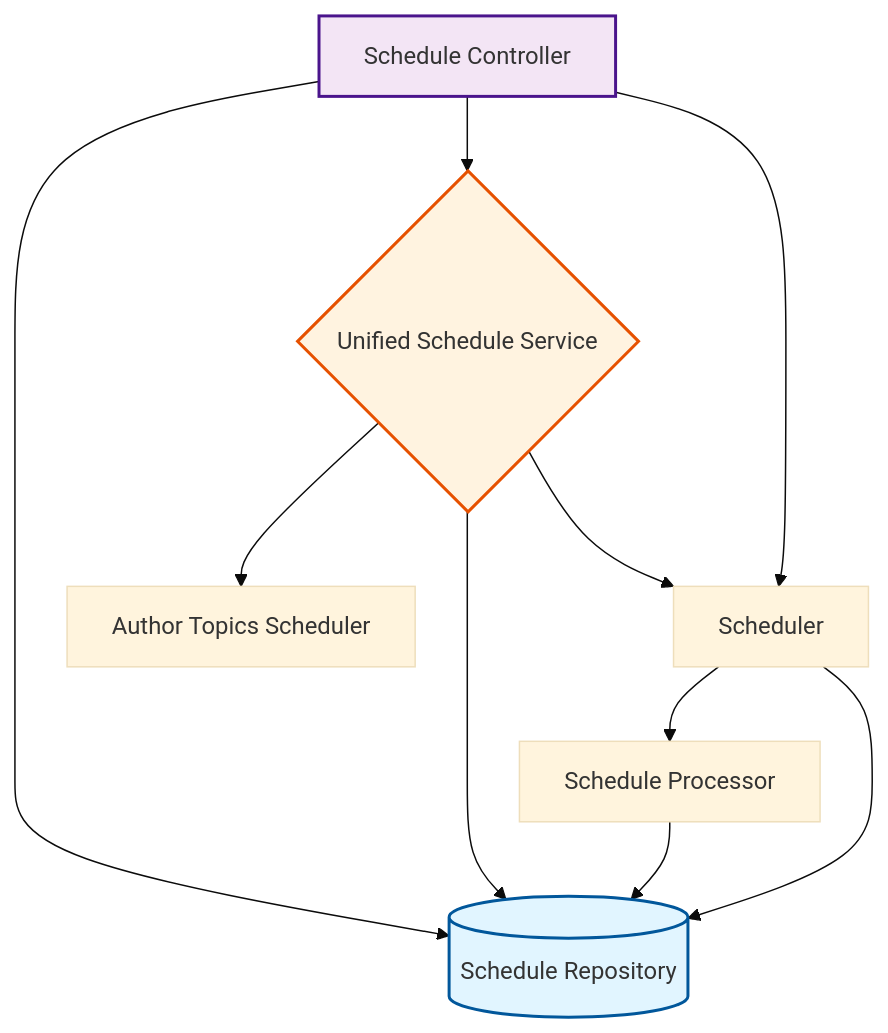
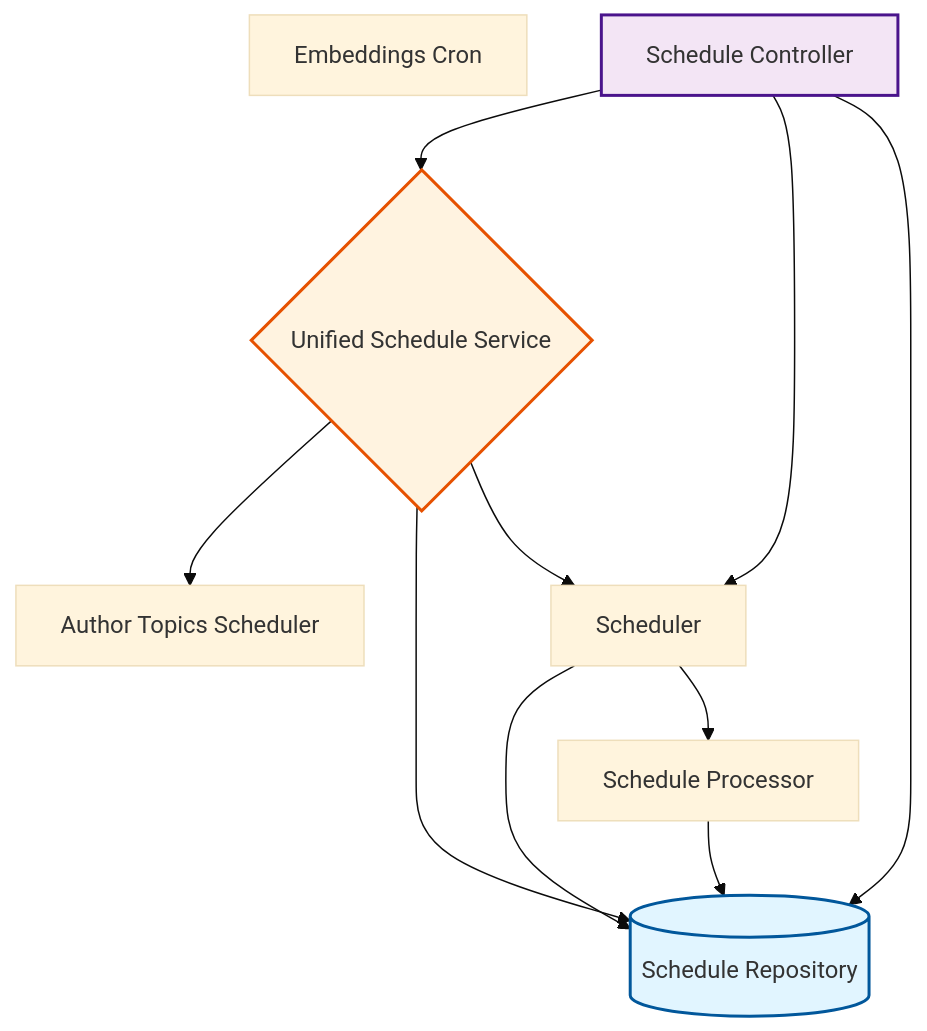
Before and after one commit to rpnunez/wp-ai-scheduler: the third of 10 diagrams in docs/feature-report.md, drawn with Mermaid (base theme). The commit also changed other lines of this file and 3 other files, not shown here.

````diff
--- a/docs/feature-report.md
+++ b/docs/feature-report.md
@@ -141,28 +148,29 @@
 ```mermaid
 flowchart TD
     %% Scheduling & Automation Architecture
 
     Author_Topics_Scheduler["Author Topics Scheduler"]
+    Embeddings_Cron["Embeddings Cron"]
     Schedule_Controller["Schedule Controller"]
     Schedule_Processor["Schedule Processor"]
     Schedule_Repository[("Schedule Repository")]
     Scheduler["Scheduler"]
     Unified_Schedule_Service{"Unified Schedule Service"}
 
     Schedule_Controller --> Schedule_Repository
+    Schedule_Controller --> Scheduler
     Schedule_Controller --> Unified_Schedule_Service
-    Schedule_Controller --> Scheduler
     Schedule_Processor --> Schedule_Repository
+    Scheduler --> Schedule_Repository
     Scheduler --> Schedule_Processor
-    Scheduler --> Schedule_Repository
-    Unified_Schedule_Service --> Author_Topics_Scheduler
     Unified_Schedule_Service --> Schedule_Repository
     Unified_Schedule_Service --> Scheduler
+    Unified_Schedule_Service --> Author_Topics_Scheduler
 
     classDef repository fill:#e1f5ff,stroke:#01579b,stroke-width:2px
     classDef service fill:#fff3e0,stroke:#e65100,stroke-width:2px
     classDef controller fill:#f3e5f5,stroke:#4a148c,stroke-width:2px
     class Schedule_Repository repository
     class Unified_Schedule_Service service
     class Schedule_Controller controller
 ```
````
